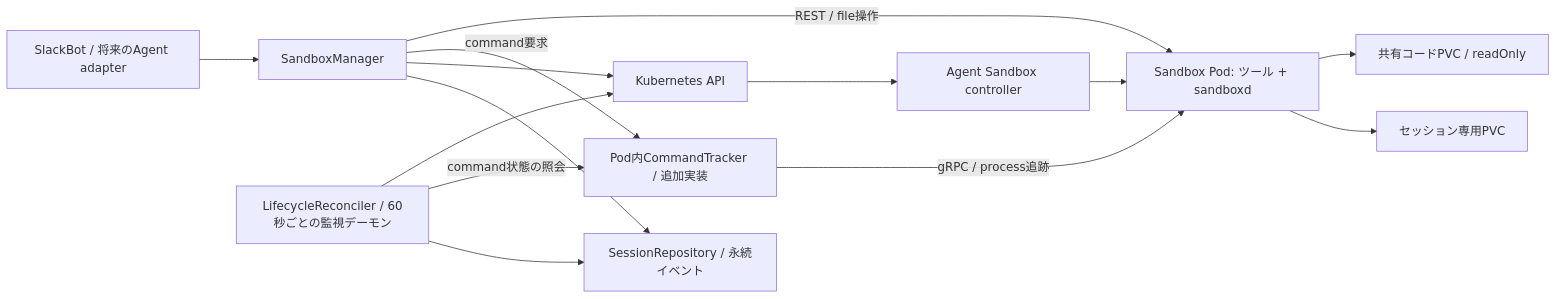
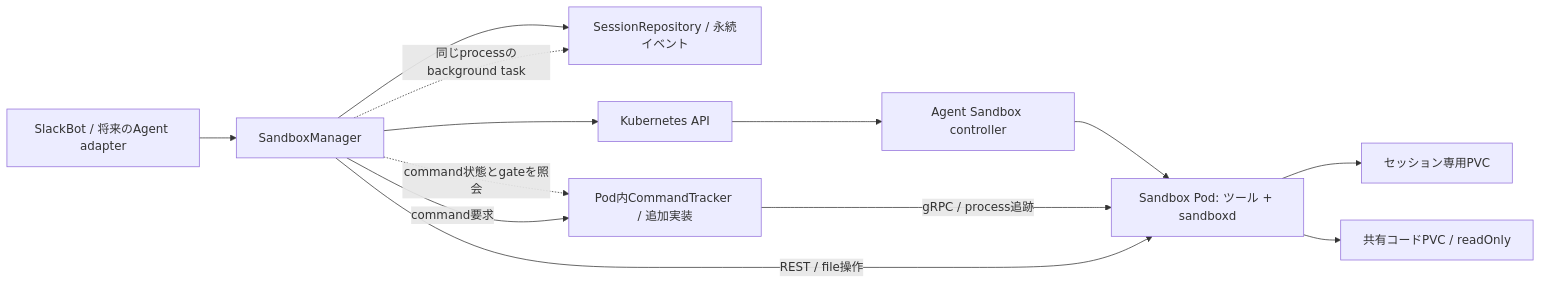
Before and after one commit to 74th/test-google-cloud-agent-platform: the first of 2 diagrams in 20261010-gke-agent-sandbox-with-sandboxd/README.md, drawn with Mermaid. The commit also changed other lines of this file and 136 other files, not shown here.

````diff
--- a/20261010-gke-agent-sandbox-with-sandboxd/README.md
+++ b/20261010-gke-agent-sandbox-with-sandboxd/README.md
@@ -55,16 +57,15 @@
 ```mermaid
 flowchart LR
   B[SlackBot / 将来のAgent adapter] --> M[SandboxManager]
   M --> R[SessionRepository / 永続イベント]
-  W[LifecycleReconciler / 60秒ごとの監視デーモン] --> R
-  W -->|command状態の照会| T[Pod内CommandTracker / 追加実装]
   M --> K[Kubernetes API]
-  W --> K
+  M -. 同じprocessのbackground task .-> R
+  M -. command状態とgateを照会 .-> T[Pod内CommandTracker / 追加実装]
   K --> C[Agent Sandbox controller]
   C --> P[Sandbox Pod: ツール + sandboxd]
   M -->|command要求| T
   T -->|gRPC / process追跡| P
   M -->|REST / file操作| P
   P --> V[セッション専用PVC]
   P --> S[共有コードPVC / readOnly]
 ```
````
